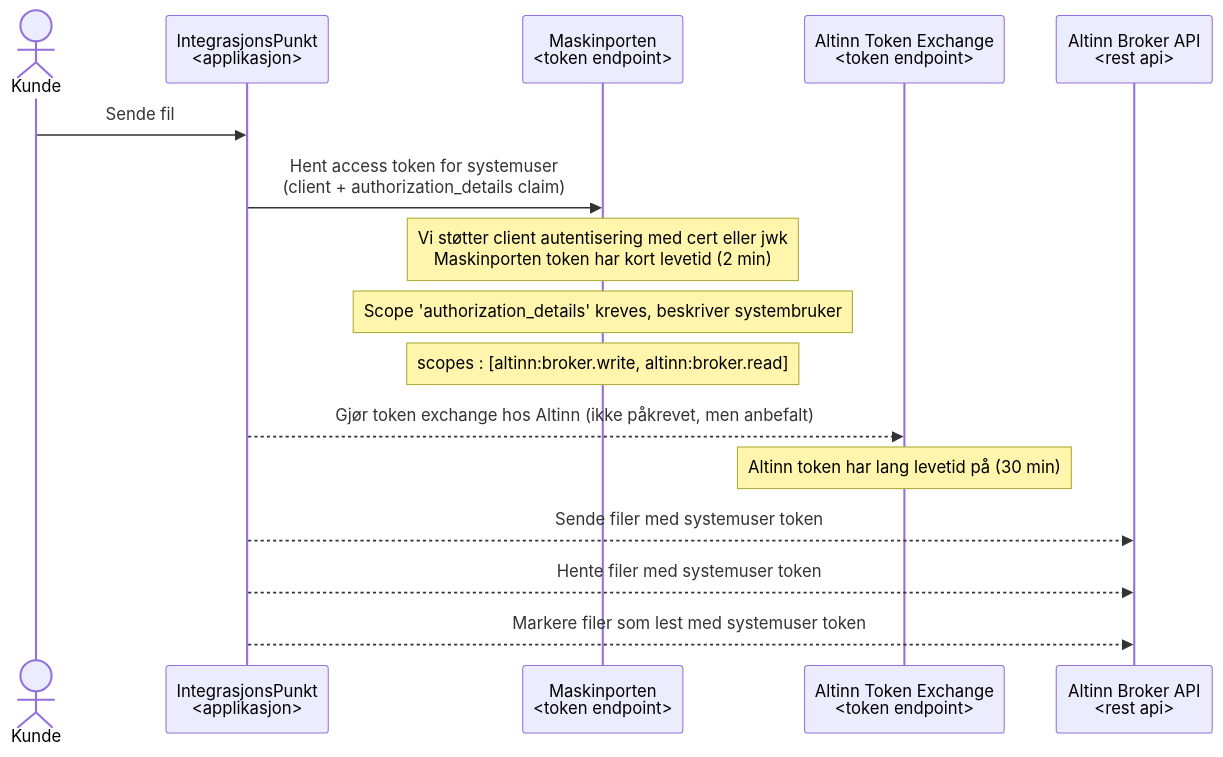
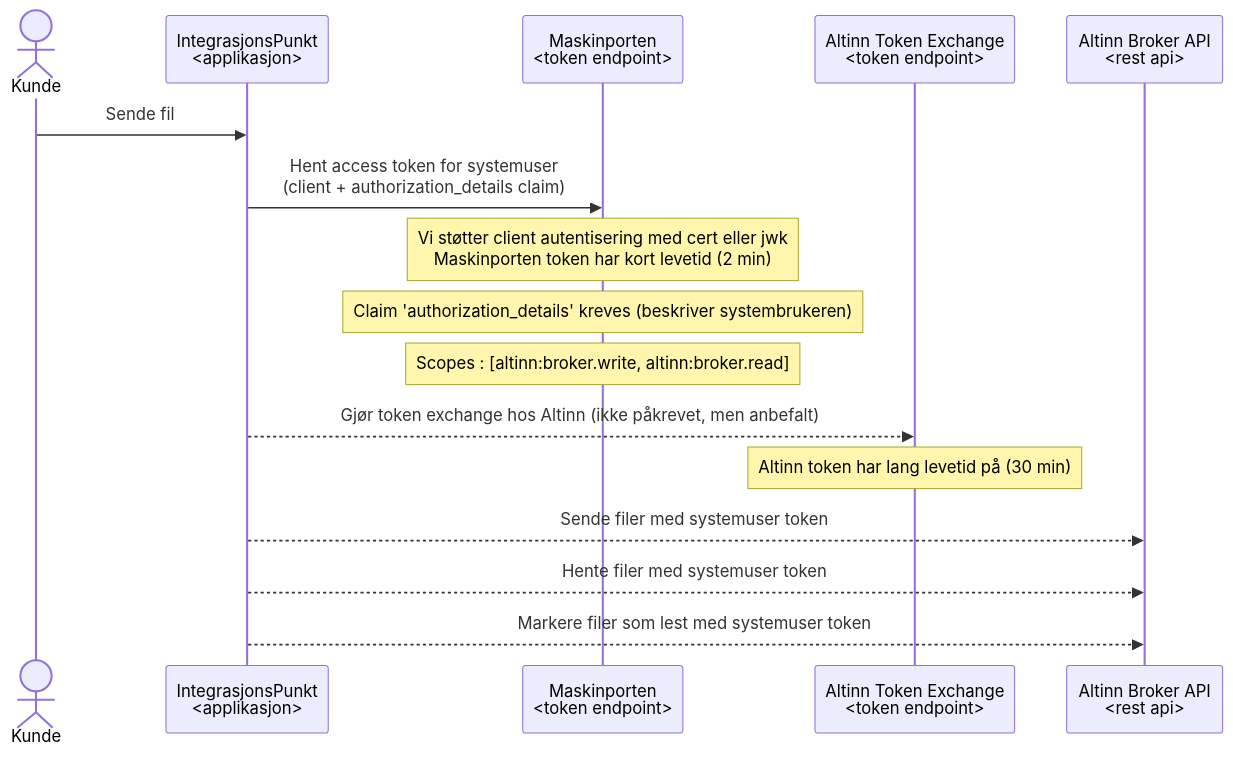
The third of 3 diagrams in altinn-v3-client/altinn_dpo.md (felleslosninger/efm-integrasjonspunkt), drawn with Mermaid before and after one commit.

Commit message:
Fikset scopes for sekvensdiagram som viser DPO bruk

````diff
--- a/altinn-v3-client/altinn_dpo.md
+++ b/altinn-v3-client/altinn_dpo.md
@@ -65,20 +65,20 @@
 ```mermaid
 sequenceDiagram
     actor K as Kunde
     participant IP as IntegrasjonsPunkt<br><applikasjon>
     participant M as Maskinporten<br><token endpoint>
     participant AT as Altinn Token Exchange<br><token endpoint>
     participant AB as Altinn Broker API<br><rest api>
     
     K->>IP: Sende fil
     IP->>M: Hent access token for systemuser<br>(client + authorization_details claim)
     note over M : Vi støtter client autentisering med cert eller jwk<br>Maskinporten token har kort levetid (2 min)
-    note over M : Scope 'authorization_details' kreves, beskriver systembruker 
-    note over M : scopes : [altinn:broker.write, altinn:broker.read]
+    note over M : Claim 'authorization_details' kreves (beskriver systembrukeren) 
+    note over M : Scopes : [altinn:broker.write, altinn:broker.read]
 
 IP-->>AT: Gjør token exchange hos Altinn (ikke påkrevet, men anbefalt)
     note over AT : Altinn token har lang levetid på (30 min)
     IP-->>AB: Sende filer med systemuser token
     IP-->>AB: Hente filer med systemuser token
     IP-->>AB: Markere filer som lest med systemuser token
 ```
````
